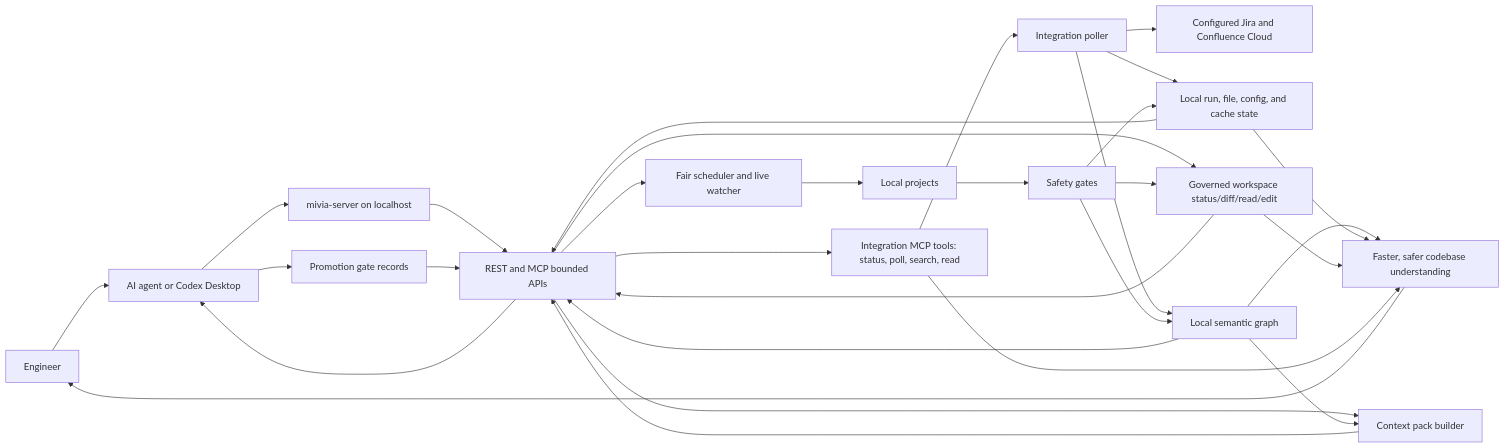
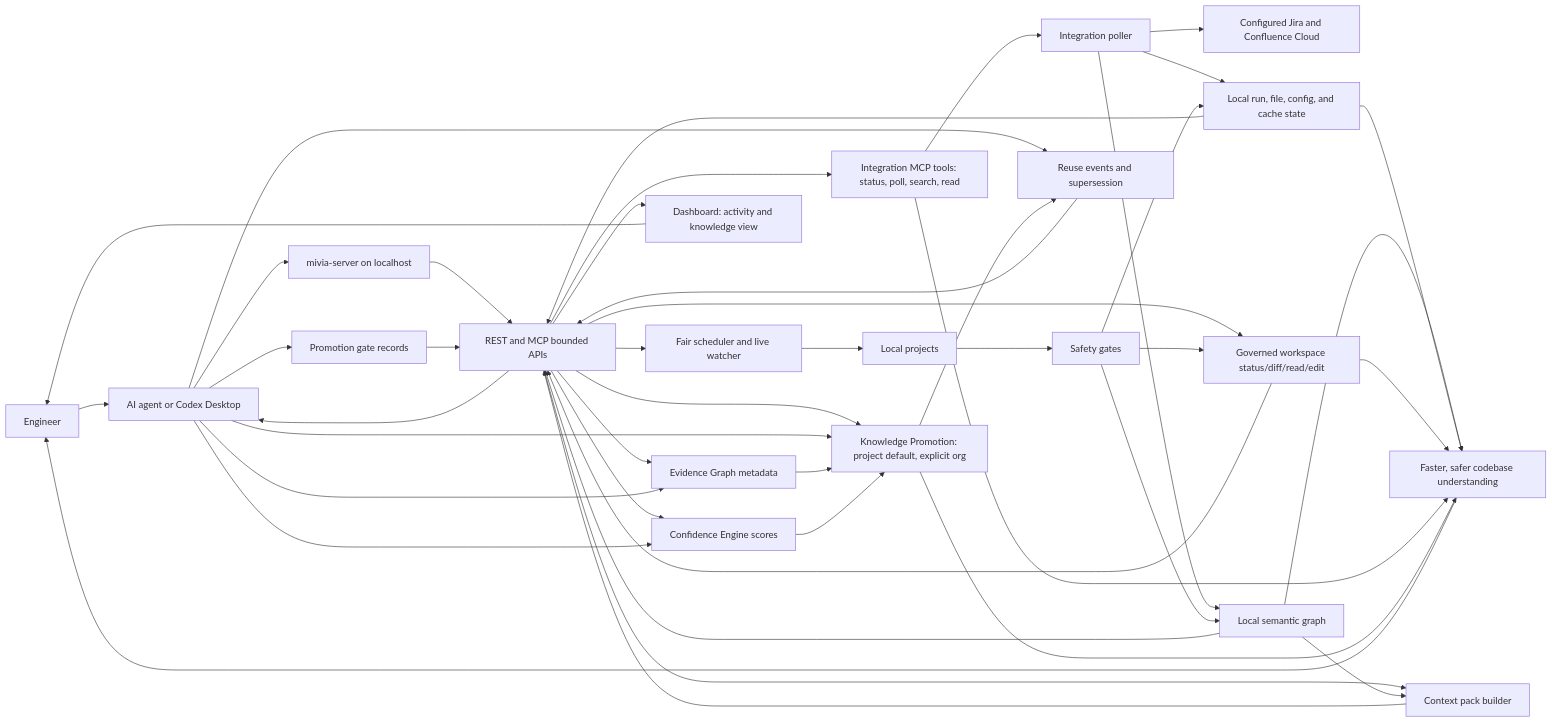
One commit to MiviaLabs/go-mivia changed the second of 4 diagrams in README.md. Above: the diagram before and after it, drawn with Mermaid. The commit also changed other lines of this file, not shown here.

````diff
--- a/README.md
+++ b/README.md
@@ -146,49 +146,68 @@
 ```mermaid
 flowchart LR
   Engineer["Engineer"]
   Agent["AI agent or Codex Desktop"]
   Server["mivia-server on localhost"]
   Projects["Local projects"]
   Atlassian["Configured Jira and Confluence Cloud"]
   Scheduler["Fair scheduler and live watcher"]
   Poller["Integration poller"]
   Safety["Safety gates"]
   Graph["Local semantic graph"]
   SQLite["Local run, file, config, and cache state"]
   APIs["REST and MCP bounded APIs"]
   Workspace["Governed workspace status/diff/read/edit"]
   IntegrationTools["Integration MCP tools: status, poll, search, read"]
   ContextPack["Context pack builder"]
   Promotion["Promotion gate records"]
+  Evidence["Evidence Graph metadata"]
+  Confidence["Confidence Engine scores"]
+  Knowledge["Knowledge Promotion: project default, explicit org"]
+  Reuse["Reuse events and supersession"]
+  Dashboard["Dashboard: activity and knowledge view"]
 
   Engineer --> Agent
   Agent --> Server
   Server --> APIs
   APIs --> Workspace
   APIs --> IntegrationTools
   APIs --> ContextPack
   APIs --> Scheduler
+  APIs --> Evidence
+  APIs --> Confidence
+  APIs --> Knowledge
+  APIs --> Dashboard
   Scheduler --> Projects
   Projects --> Safety
   IntegrationTools --> Poller
   Poller --> Atlassian
   Poller --> Graph
   Poller --> SQLite
   Safety --> Workspace
   Safety --> Graph
   Safety --> SQLite
   Graph --> APIs
   SQLite --> APIs
   Graph --> ContextPack
   ContextPack --> APIs
   Workspace --> APIs
   APIs --> Agent
   Agent --> Promotion
+  Agent --> Evidence
+  Agent --> Confidence
+  Agent --> Knowledge
+  Agent --> Reuse
   Promotion --> APIs
+  Evidence --> Knowledge
+  Confidence --> Knowledge
+  Knowledge --> Reuse
+  Reuse --> APIs
+  Dashboard --> Engineer
 
   Graph --> Value["Faster, safer codebase understanding"]
   SQLite --> Value
   Workspace --> Value
   IntegrationTools --> Value
+  Knowledge --> Value
   Value --> Engineer
 ```
````
